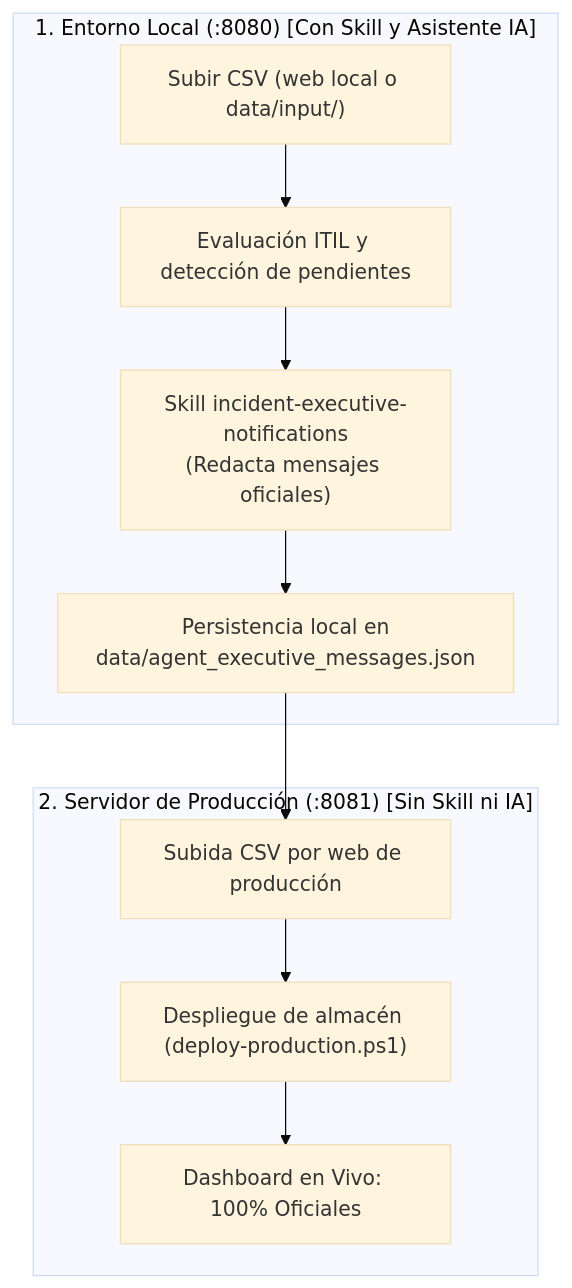
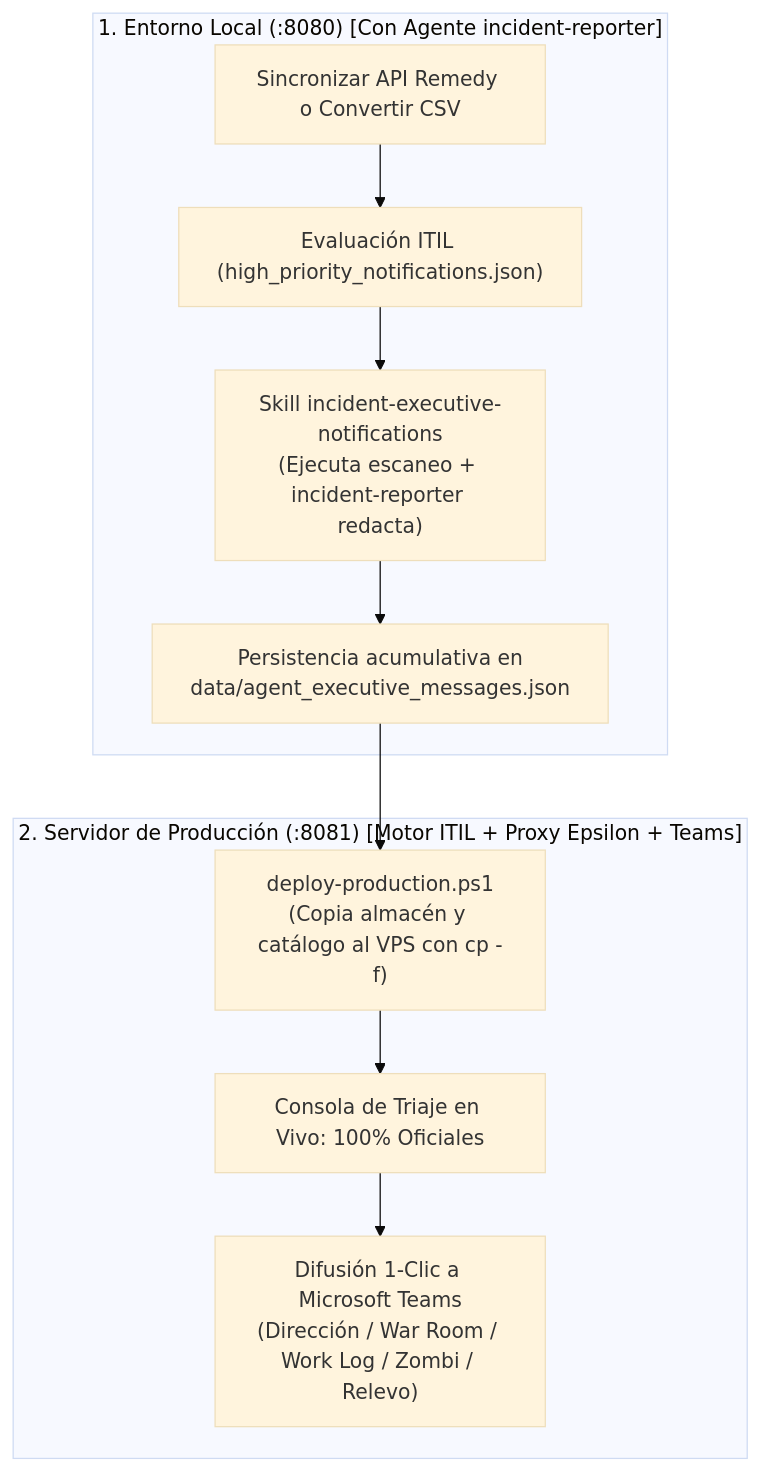
The first of 2 diagrams in docs/02-gestion-emergencias/notificaciones-ejecutivas.md (jfdelafuente/release-dashboard-application), drawn with Mermaid (base theme) before and after one commit. The commit also changed other lines of this file, not shown here.

````diff
--- a/docs/02-gestion-emergencias/notificaciones-ejecutivas.md
+++ b/docs/02-gestion-emergencias/notificaciones-ejecutivas.md
@@ -25,13 +28,13 @@
 ```mermaid
 flowchart TD
-    subgraph E1_LOCAL["1. Entorno Local (:8080) [Con Skill y Asistente IA]"]
-        E1_A["Subir CSV (web local o data/input/)"] --> E1_B["Evaluación ITIL y detección de pendientes"]
-        E1_B --> E1_C["Skill incident-executive-notifications<br/>(Redacta mensajes oficiales)"]
-        E1_C --> E1_D["Persistencia local en<br/>data/agent_executive_messages.json"]
+    subgraph E1_LOCAL["1. Entorno Local (:8080) [Con Agente incident-reporter]"]
+        E1_A["Sincronizar API Remedy o Convertir CSV"] --> E1_B["Evaluación ITIL (high_priority_notifications.json)"]
+        E1_B --> E1_C["Skill incident-executive-notifications<br/>(Ejecuta escaneo + incident-reporter redacta)"]
+        E1_C --> E1_D["Persistencia acumulativa en<br/>data/agent_executive_messages.json"]
     end
-    subgraph E1_PROD["2. Servidor de Producción (:8081) [Sin Skill ni IA]"]
-        E1_E["Subida CSV por web de producción"] --> E1_F["Despliegue de almacén (deploy-production.ps1)"]
-        E1_F --> E1_G["Dashboard en Vivo: 100% Oficiales"]
+    subgraph E1_PROD["2. Servidor de Producción (:8081) [Motor ITIL + Proxy Epsilon + Teams]"]
+        E1_E["deploy-production.ps1<br/>(Copia almacén y catálogo al VPS con cp -f)"] --> E1_F["Consola de Triaje en Vivo: 100% Oficiales"]
+        E1_F --> E1_G["Difusión 1-Clic a Microsoft Teams<br/>(Dirección / War Room / Work Log / Zombi / Relevo)"]
     end
     E1_D --> E1_E
 ```
````
